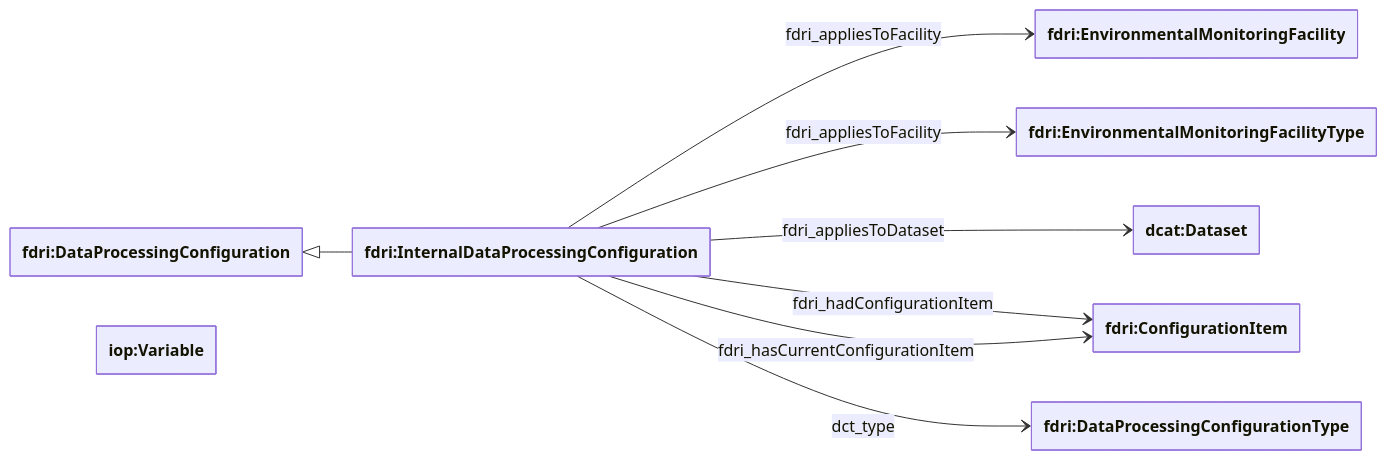
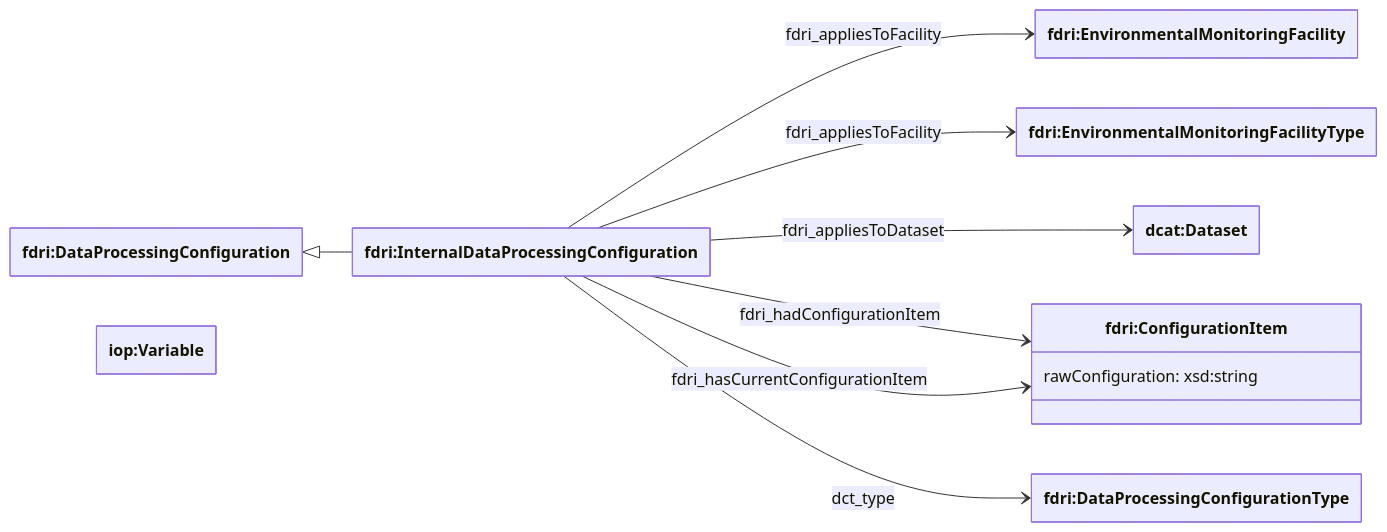
One commit to NERC-CEH/fdri-ontology changed the second of 4 diagrams in doc/data-processing-configurations.md. Above: the diagram before and after it, drawn with Mermaid. The commit also changed other lines of this file and 3 other files, not shown here.

````diff
--- a/doc/data-processing-configurations.md
+++ b/doc/data-processing-configurations.md
@@ -34,26 +34,28 @@
 ```mermaid
 ---
   config:
     class:
       hideEmptyMembersBox: true
 ---
 classDiagram
   direction LR
   class Plan["fdri:DataProcessingConfiguration"]
   class DPConfig["fdri:InternalDataProcessingConfiguration"]
   class COP["iop:Variable"]
   class EMFType["fdri:EnvironmentalMonitoringFacilityType"]
   class EMF["fdri:EnvironmentalMonitoringFacility"]
-  class ConfigurationItem["fdri:ConfigurationItem"]
+  class ConfigurationItem["fdri:ConfigurationItem"] {
+    rawConfiguration: xsd:string
+  }
   class DataProcessingConfigurationType["fdri:DataProcessingConfigurationType"]
   class Dataset["dcat:Dataset"]
 
   Plan <|-- DPConfig
   
   DPConfig --> EMF: fdri_appliesToFacility
   DPConfig --> EMFType: fdri_appliesToFacility
   DPConfig --> Dataset: fdri_appliesToDataset
   DPConfig --> ConfigurationItem: fdri_hadConfigurationItem
   DPConfig --> ConfigurationItem: fdri_hasCurrentConfigurationItem
   DPConfig --> DataProcessingConfigurationType: dct_type
 ```
````
